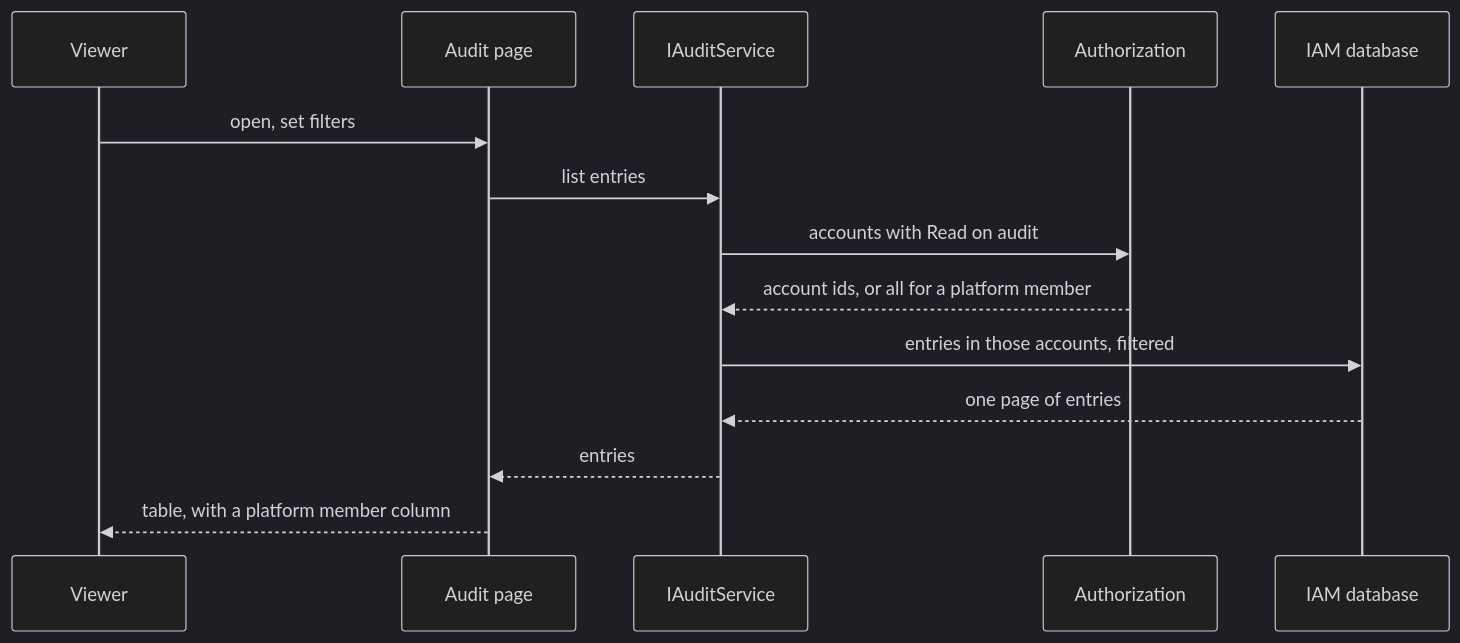
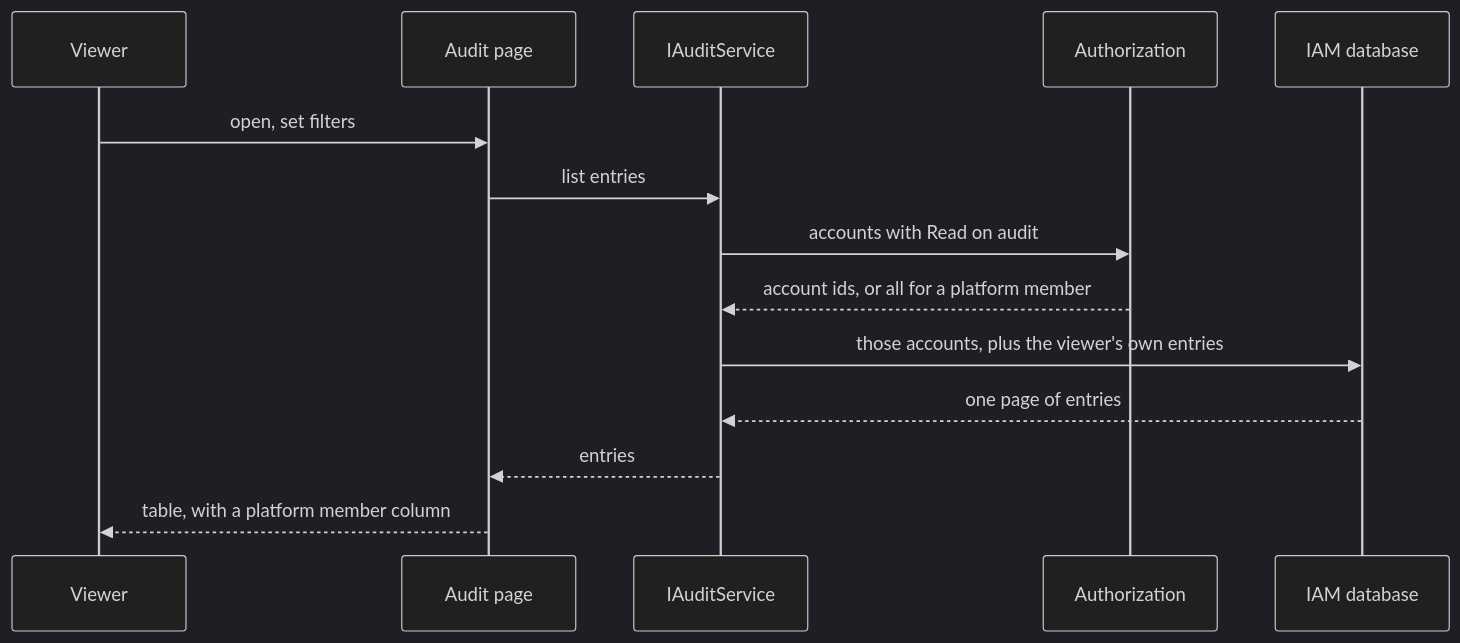
The fifth of 5 diagrams in Plans/auditing.md (ultrabstrong/Corely.IAM), drawn with Mermaid (dark theme) before and after one commit. The commit also changed other lines of this file, not shown here.

````diff
--- a/Plans/auditing.md
+++ b/Plans/auditing.md
@@ -156,16 +179,16 @@
 ```mermaid
 sequenceDiagram
     participant V as Viewer
     participant Pg as Audit page
     participant Svc as IAuditService
     participant Auth as Authorization
     participant DB as IAM database
     V->>Pg: open, set filters
     Pg->>Svc: list entries
     Svc->>Auth: accounts with Read on audit
     Auth-->>Svc: account ids, or all for a platform member
-    Svc->>DB: entries in those accounts, filtered
+    Svc->>DB: those accounts, plus the viewer's own entries
     DB-->>Svc: one page of entries
     Svc-->>Pg: entries
     Pg-->>V: table, with a platform member column
 ```
````
